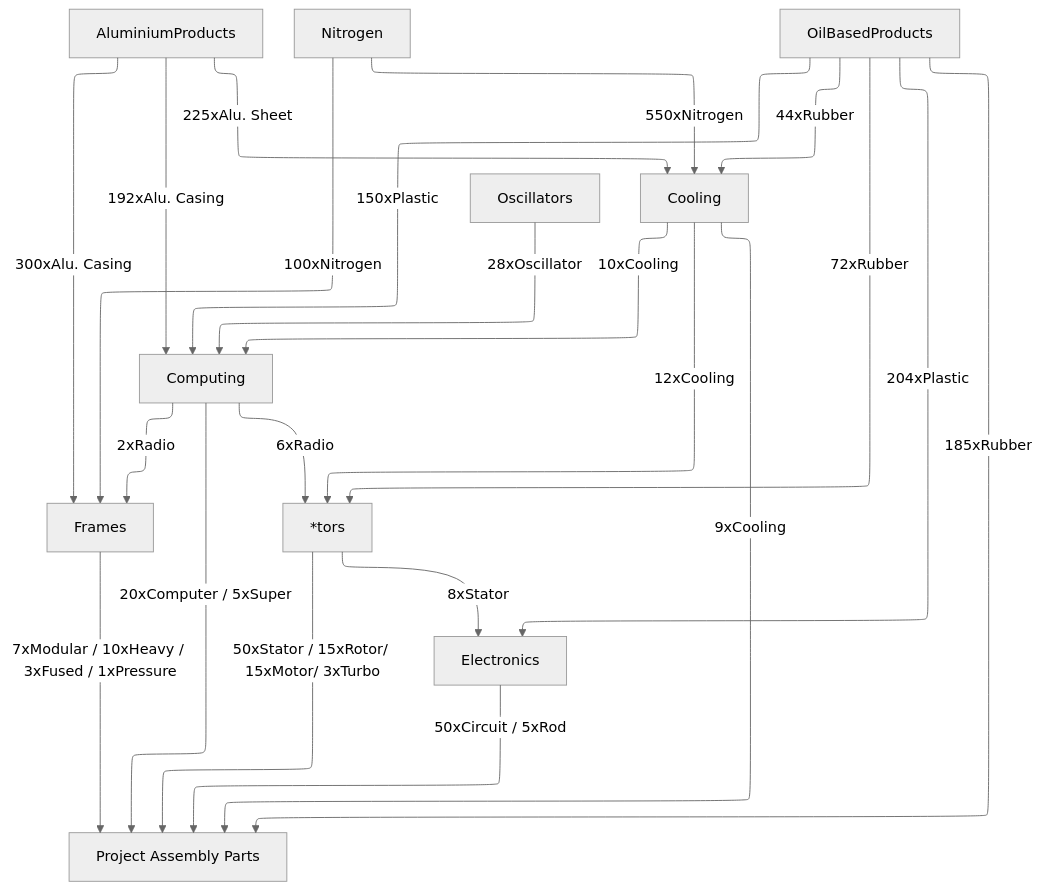
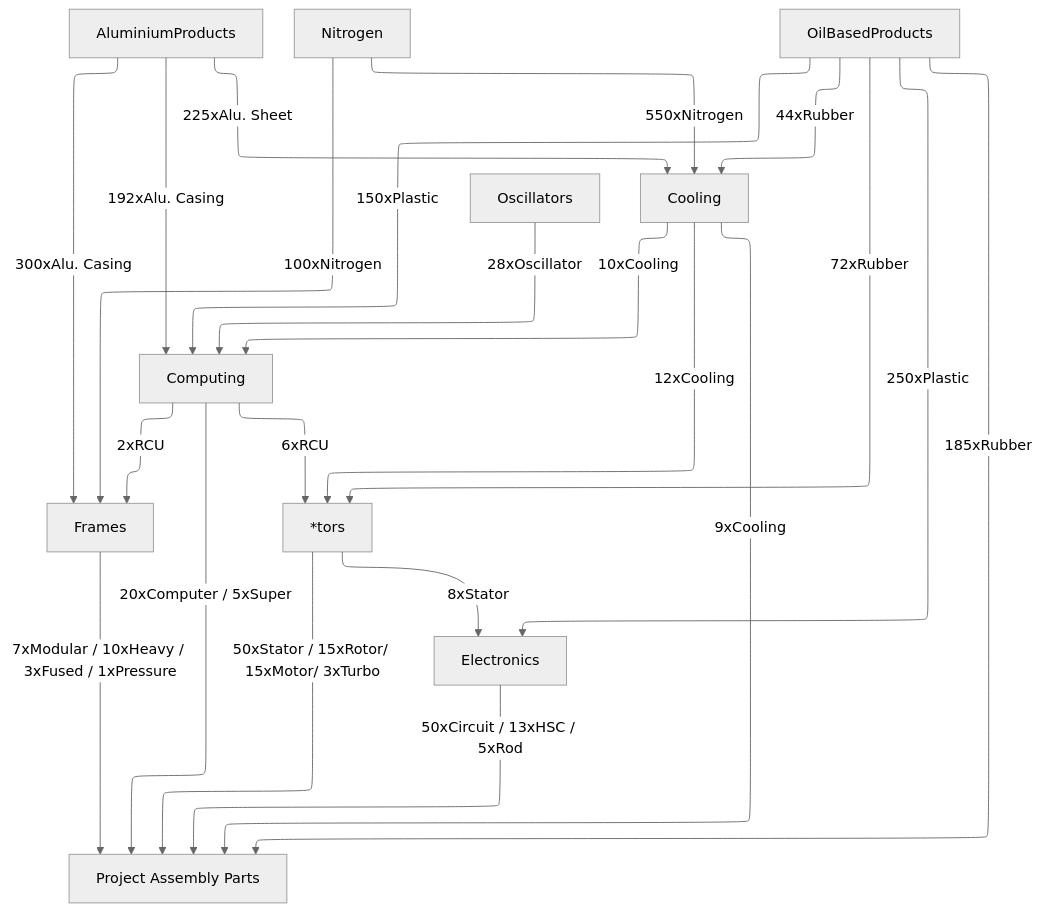
One commit to totobest/satis-master-plan changed the diagram in src/train_connections.mermaid. Above: the diagram before and after it, drawn with Mermaid (neutral theme). The commit also changed 3 other files, not shown here.

```diff
--- a/src/train_connections.mermaid
+++ b/src/train_connections.mermaid
@@ -1,45 +1,45 @@
 ---
 config:
   layout: elk
 ---
 
 flowchart TD
 
     AluminiumProducts
 
     Oscillators
 
     Nitrogen
 
     AluminiumProducts -- 300xAlu. Casing --> Frames
-    Computing -- 2xRadio --> Frames
+    Computing -- 2xRCU --> Frames
     Nitrogen -- 100xNitrogen --> Frames
     Frames
 
-    OilBasedProducts -- 204xPlastic --> Electronics
+    OilBasedProducts -- 250xPlastic --> Electronics
     Motors -- 8xStator --> Electronics
     Electronics
 
     OilBasedProducts -- 72xRubber --> Motors
     Cooling -- 12xCooling --> Motors
-    Computing -- 6xRadio --> Motors
+    Computing -- 6xRCU --> Motors
     Motors["*tors"]
 
     AluminiumProducts -- 225xAlu. Sheet --> Cooling
     OilBasedProducts -- 44xRubber --> Cooling
     Nitrogen -- 550xNitrogen --> Cooling
     Cooling
 
     OilBasedProducts -- 150xPlastic --> Computing
     Oscillators -- 28xOscillator --> Computing
     AluminiumProducts -- 192xAlu. Casing --> Computing
     Cooling -- 10xCooling--> Computing
     Computing
 
     OilBasedProducts -- 185xRubber --> ProjectAssembly
     Motors -- 50xStator / 15xRotor/ 15xMotor/ 3xTurbo --> ProjectAssembly
     Frames -- 7xModular / 10xHeavy / 3xFused / 1xPressure --> ProjectAssembly
-    Electronics -- 50xCircuit / 5xRod --> ProjectAssembly
+    Electronics -- 50xCircuit / 13xHSC / 5xRod --> ProjectAssembly
     Cooling -- 9xCooling--> ProjectAssembly
     Computing -- 20xComputer / 5xSuper --> ProjectAssembly
     ProjectAssembly["Project Assembly Parts"]
```
